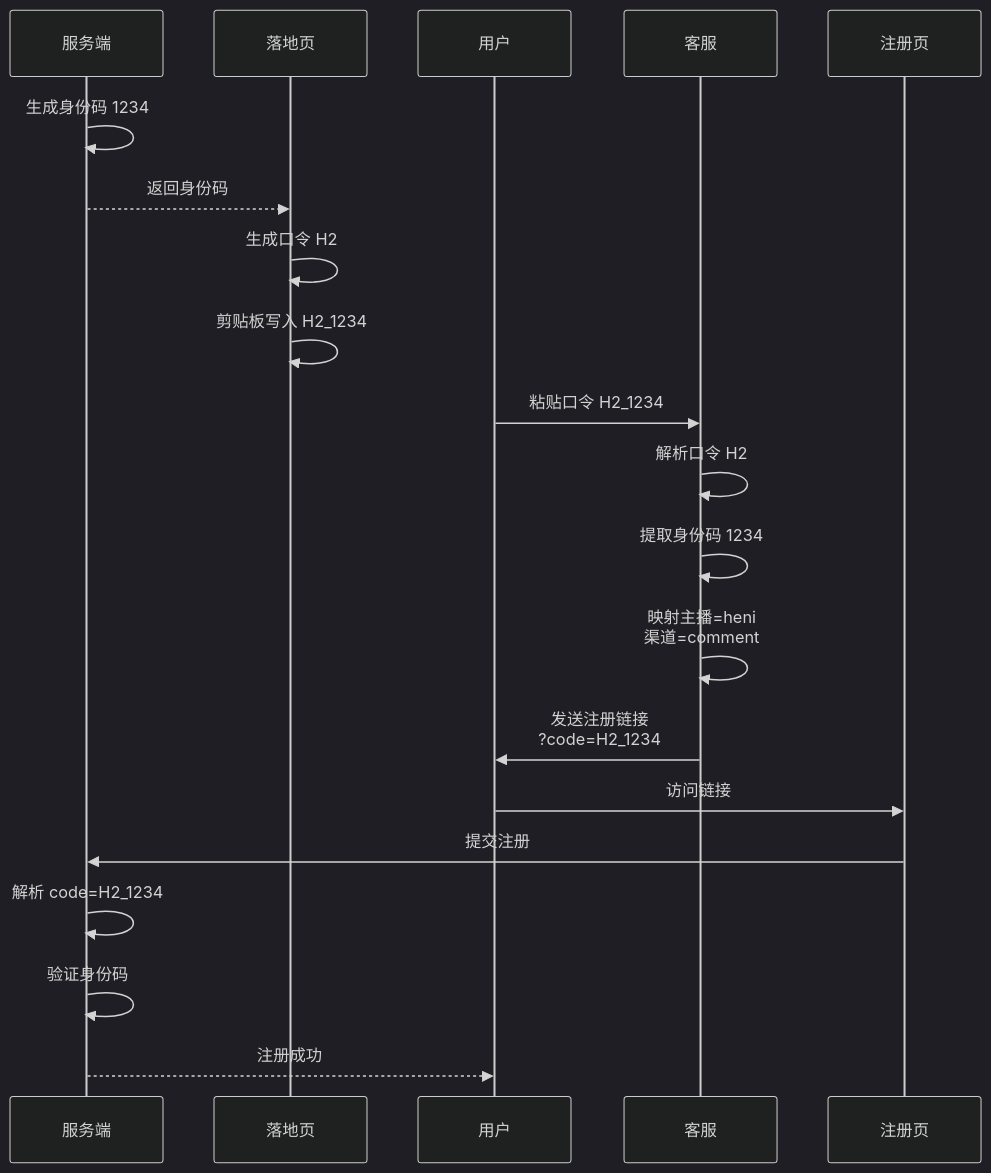
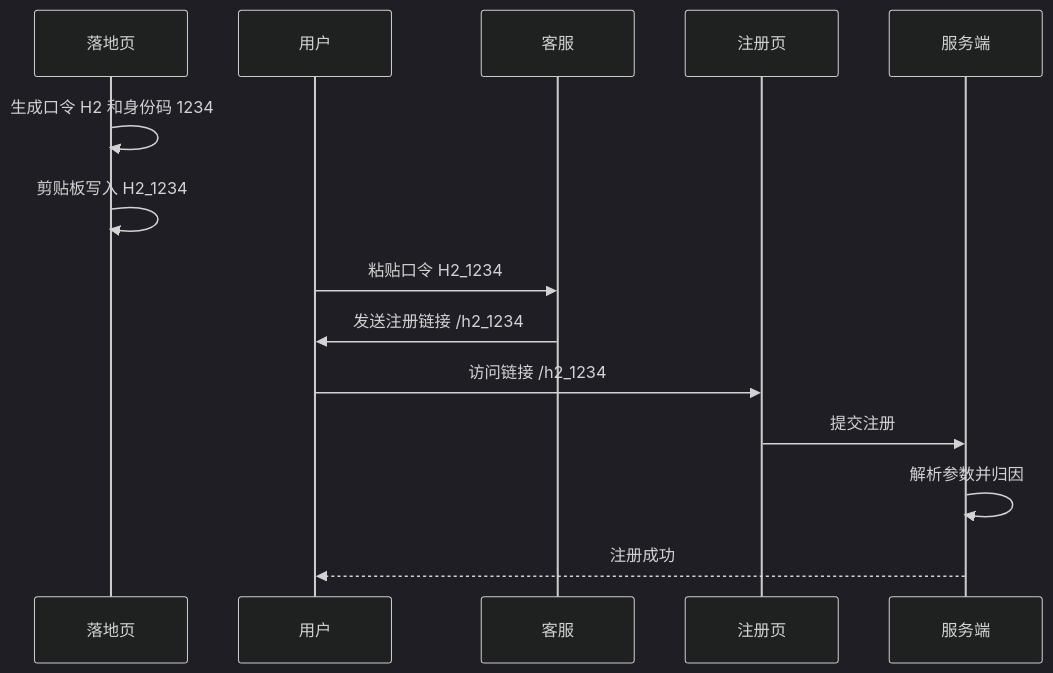
Before and after one commit to covetworld-png/dinoisland: the second of 4 diagrams in projects/001-growNewUsers/001-03-landing-page/docs/TK引流到注册完整链路PRD.md, drawn with Mermaid (dark theme). The commit also changed other lines of this file and 2 other files, not shown here.

````diff
--- a/projects/001-growNewUsers/001-03-landing-page/docs/TK引流到注册完整链路PRD.md
+++ b/projects/001-growNewUsers/001-03-landing-page/docs/TK引流到注册完整链路PRD.md
@@ -158,27 +151,20 @@
 ```mermaid
 sequenceDiagram
-    participant S as 服务端
     participant L as 落地页
     participant U as 用户
     participant C as 客服
     participant R as 注册页
+    participant S as 服务端
     
-    S->>S: 生成身份码 1234
-    S-->>L: 返回身份码
-    L->>L: 生成口令 H2
+    L->>L: 生成口令 H2 和身份码 1234
     L->>L: 剪贴板写入 H2_1234
     
     U->>C: 粘贴口令 H2_1234
     
-    C->>C: 解析口令 H2
-    C->>C: 提取身份码 1234
-    C->>C: 映射主播=heni<br/>渠道=comment
+    C->>U: 发送注册链接 /h2_1234
     
-    C->>U: 发送注册链接<br/>?code=H2_1234
-    
-    U->>R: 访问链接
+    U->>R: 访问链接 /h2_1234
     R->>S: 提交注册
-    S->>S: 解析 code=H2_1234
-    S->>S: 验证身份码
+    S->>S: 解析参数并归因
     S-->>U: 注册成功
 ```
````
